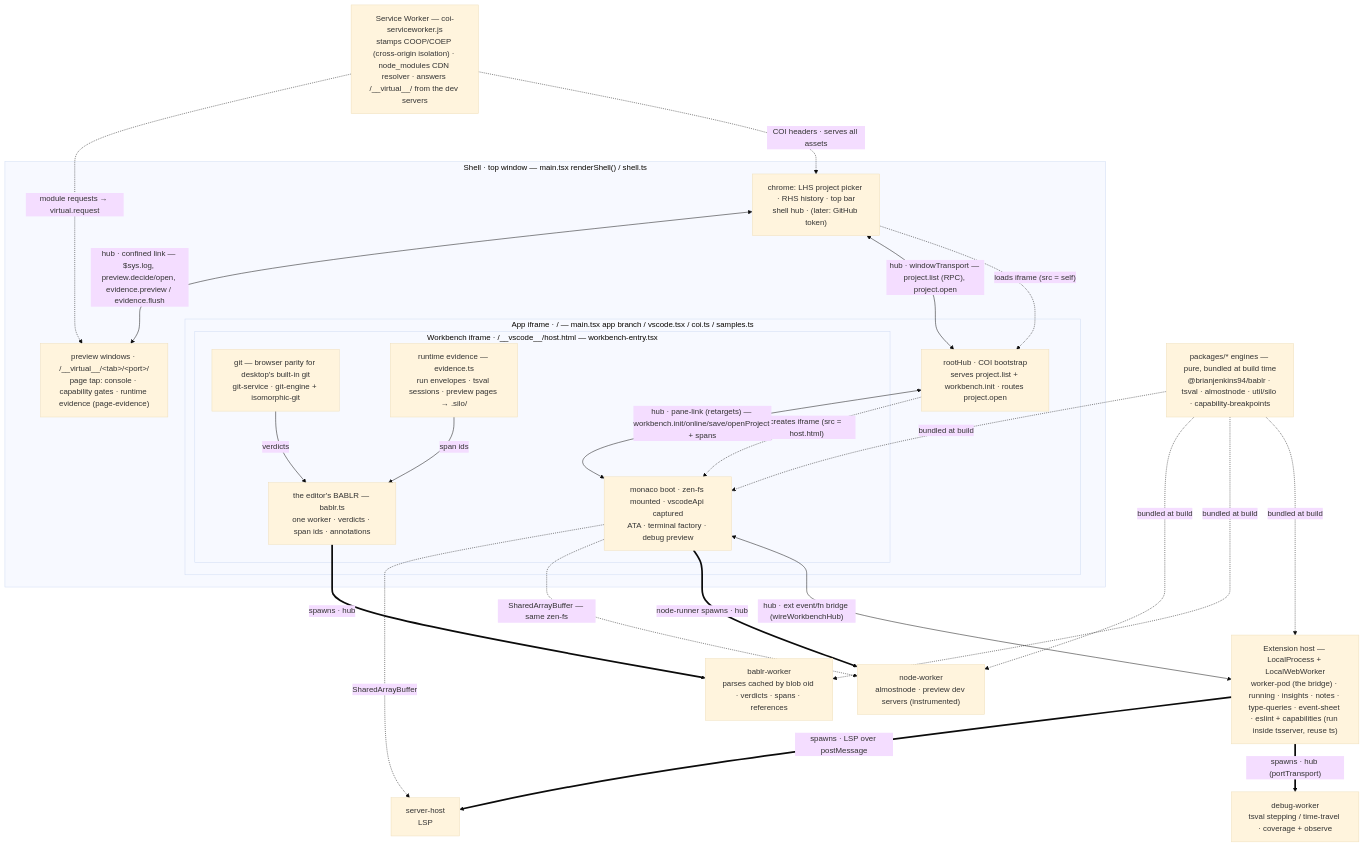
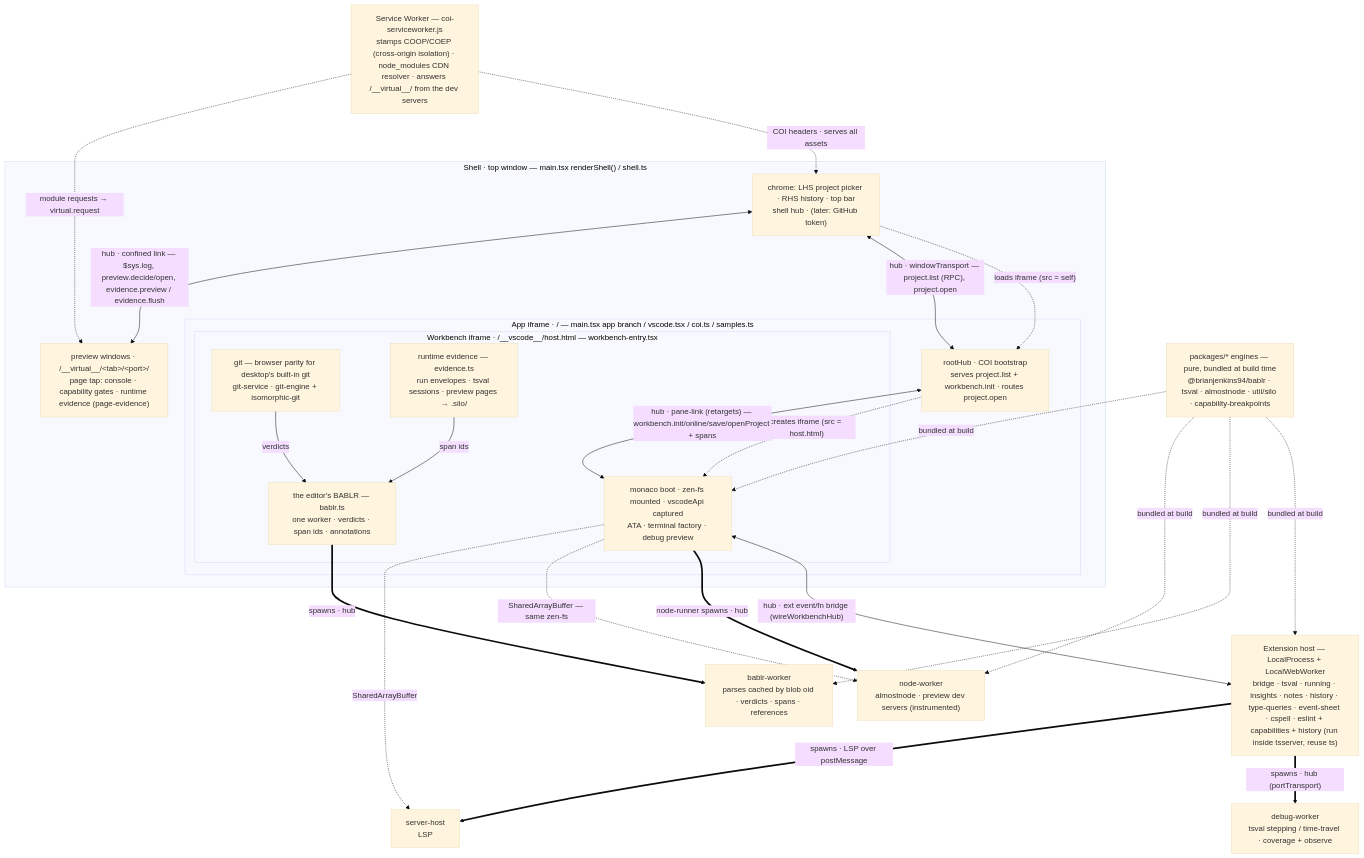
One commit to brianjenkins94/editor changed the first of 2 diagrams in packages/editor/ARCHITECTURE.md. Above: the diagram before and after it, drawn with Mermaid (base theme). The commit also changed other lines of this file and 64 other files, not shown here.

````diff
--- a/packages/editor/ARCHITECTURE.md
+++ b/packages/editor/ARCHITECTURE.md
@@ -193,52 +227,52 @@
 ```mermaid
 flowchart TB
   SW["Service Worker — coi-serviceworker.js<br/>stamps COOP/COEP (cross-origin isolation) · node_modules CDN resolver · answers /__virtual__/ from the dev servers"]
 
   subgraph SHELL["Shell · top window — main.tsx renderShell() / shell.ts"]
     S["chrome: LHS project picker · RHS history · top bar<br/>shell hub · (later: GitHub token)"]
     PV["preview windows · /__virtual__/&lt;tab&gt;/&lt;port&gt;/<br/>page tap: console · capability gates · runtime evidence (page-evidence)"]
     subgraph APP["App iframe · / — main.tsx app branch / vscode.tsx / coi.ts / samples.ts"]
       A["rootHub · COI bootstrap<br/>serves project.list + workbench.init · routes project.open"]
       subgraph WB["Workbench iframe · /__vscode__/host.html — workbench-entry.tsx"]
         W["monaco boot · zen-fs mounted · vscodeApi captured<br/>ATA · terminal factory · debug preview"]
         GIT["git — browser parity for desktop's built-in git<br/>git-service · git-engine + isomorphic-git"]
         BAB["the editor's BABLR — bablr.ts<br/>one worker · verdicts · span ids · annotations"]
         EV["runtime evidence — evidence.ts<br/>run envelopes · tsval sessions · preview pages → .silo/"]
       end
     end
   end
 
-  EXT["Extension host — LocalProcess + LocalWebWorker<br/>worker-pod (the bridge) · running · insights · notes · type-queries · event-sheet · eslint + capabilities (run inside tsserver, reuse ts)"]
+  EXT["Extension host — LocalProcess + LocalWebWorker<br/>bridge · tsval · running · insights · notes · history · type-queries · event-sheet · cspell · eslint + capabilities + history (run inside tsserver, reuse ts)"]
 
   NW["node-worker<br/>almostnode · preview dev servers (instrumented)"]
   DW["debug-worker<br/>tsval stepping / time-travel · coverage + observe"]
   SH["server-host<br/>LSP"]
   CW["bablr-worker<br/>parses cached by blob oid · verdicts · spans · references"]
 
   PKG["packages/* engines — pure, bundled at build time<br/>@brianjenkins94/bablr · tsval · almostnode · util/silo · capability-breakpoints"]
 
   S -.->|"loads iframe (src = self)"| A
   A -.->|"creates iframe (src = host.html)"| W
 
   S <-->|"hub · windowTransport — project.list (RPC), project.open"| A
   S <-->|"hub · confined link — $sys.log, preview.decide/open, evidence.preview / evidence.flush"| PV
   A <-->|"hub · pane-link (retargets) — workbench.init/online/save/openProject + spans"| W
   W <-->|"hub · ext event/fn bridge (wireWorkbenchHub)"| EXT
 
   W ==>|"node-runner spawns · hub"| NW
   EXT ==>|"spawns · hub (portTransport)"| DW
   EXT ==>|"spawns · LSP over postMessage"| SH
   BAB ==>|"spawns · hub"| CW
   GIT -->|"verdicts"| BAB
   EV -->|"span ids"| BAB
 
   W -.->|"SharedArrayBuffer — same zen-fs"| NW
   W -.->|"SharedArrayBuffer"| SH
 
   SW -.->|"COI headers · serves all assets"| S
   SW -.->|"module requests → virtual.request"| PV
   PKG -.->|"bundled at build"| W
   PKG -.->|"bundled at build"| EXT
   PKG -.->|"bundled at build"| CW
   PKG -.->|"bundled at build"| NW
 ```
````
